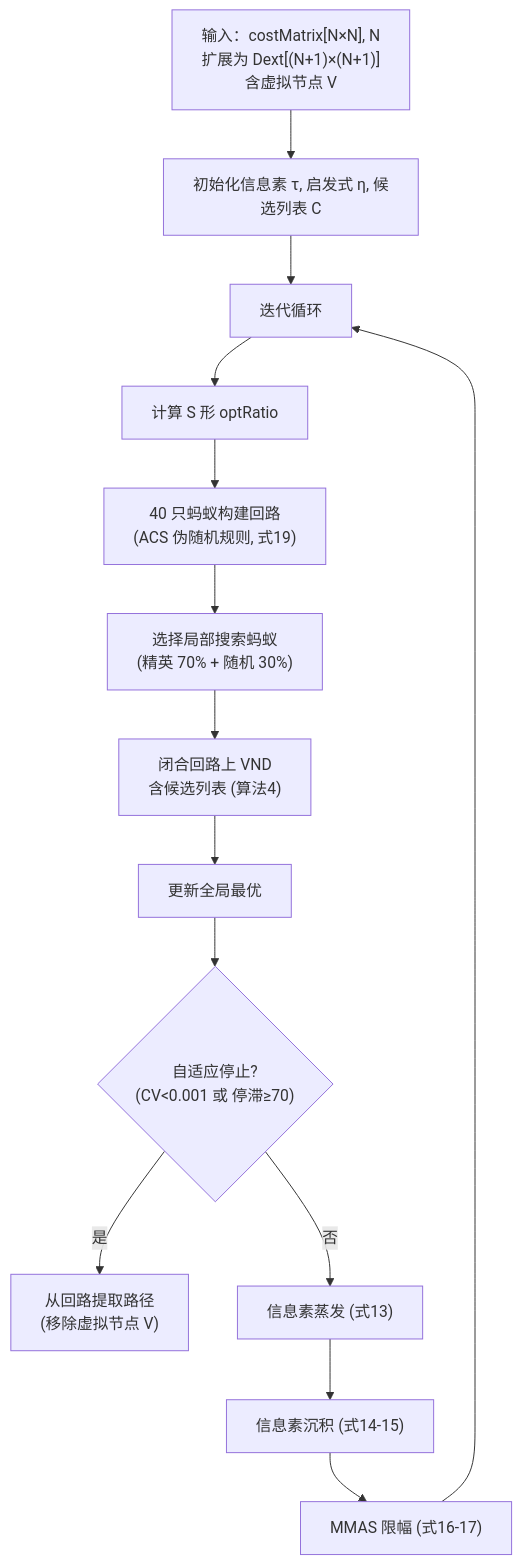
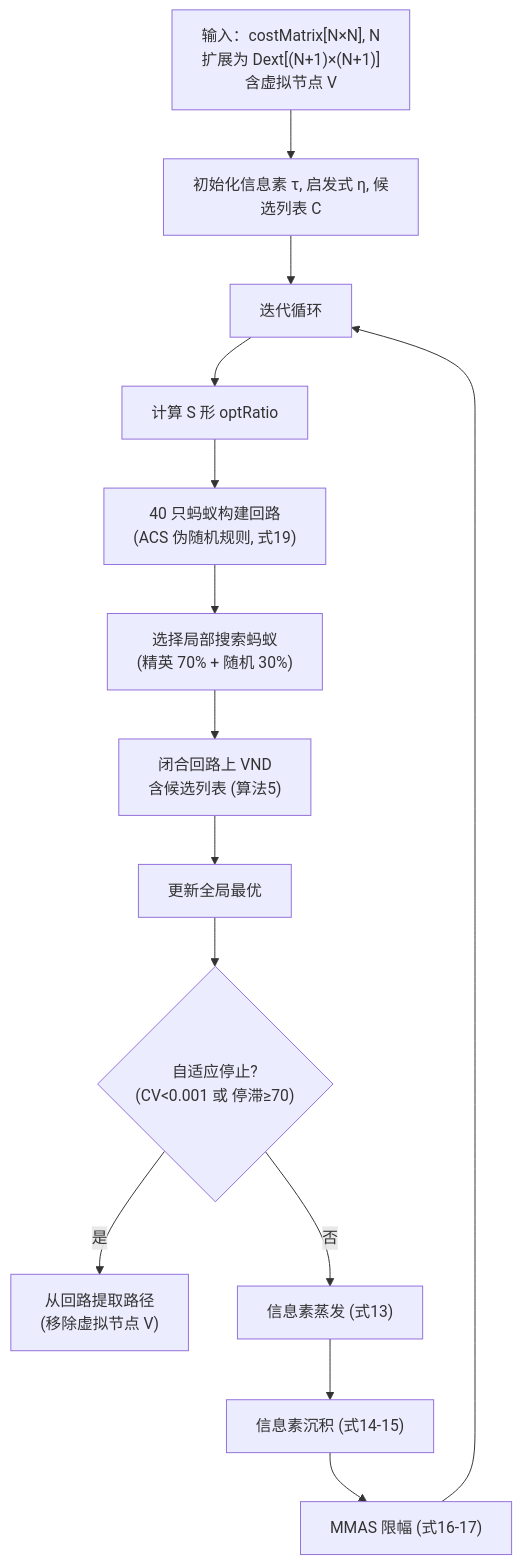
The second of 2 diagrams in paper/sections_CN/section-4.3.md (Maple-Ali/Matlab-pathplan-simulation), drawn with Mermaid before and after one commit. The commit also changed other lines of this file and 212 other files, not shown here.

Commit message:
论文中文版全文修订，新增 LaTeX 源码/图片/参考文献模板，路径简化实验更新，gitignore 扩展

````diff
--- a/paper/sections_CN/section-4.3.md
+++ b/paper/sections_CN/section-4.3.md
@@ -204,16 +204,16 @@
 ```mermaid
 flowchart TB
     A["输入：costMatrix[N×N], N\n扩展为 Dext[(N+1)×(N+1)]\n含虚拟节点 V"] --> B["初始化信息素 τ, 启发式 η, 候选列表 C"]
     B --> C["迭代循环"]
     C --> D["计算 S 形 optRatio"]
     D --> E["40 只蚂蚁构建回路\n(ACS 伪随机规则, 式19)"]
     E --> F["选择局部搜索蚂蚁\n(精英 70% + 随机 30%)"]
-    F --> G["闭合回路上 VND\n含候选列表 (算法4)"]
+    F --> G["闭合回路上 VND\n含候选列表 (算法5)"]
     G --> H["更新全局最优"]
     H --> I{"自适应停止?\n(CV<0.001 或 停滞≥70)"}
     I -->|"是"| J["从回路提取路径\n(移除虚拟节点 V)"]
     I -->|"否"| K["信息素蒸发 (式13)"]
     K --> L["信息素沉积 (式14-15)"]
     L --> M["MMAS 限幅 (式16-17)"]
     M --> C
 ```
````
